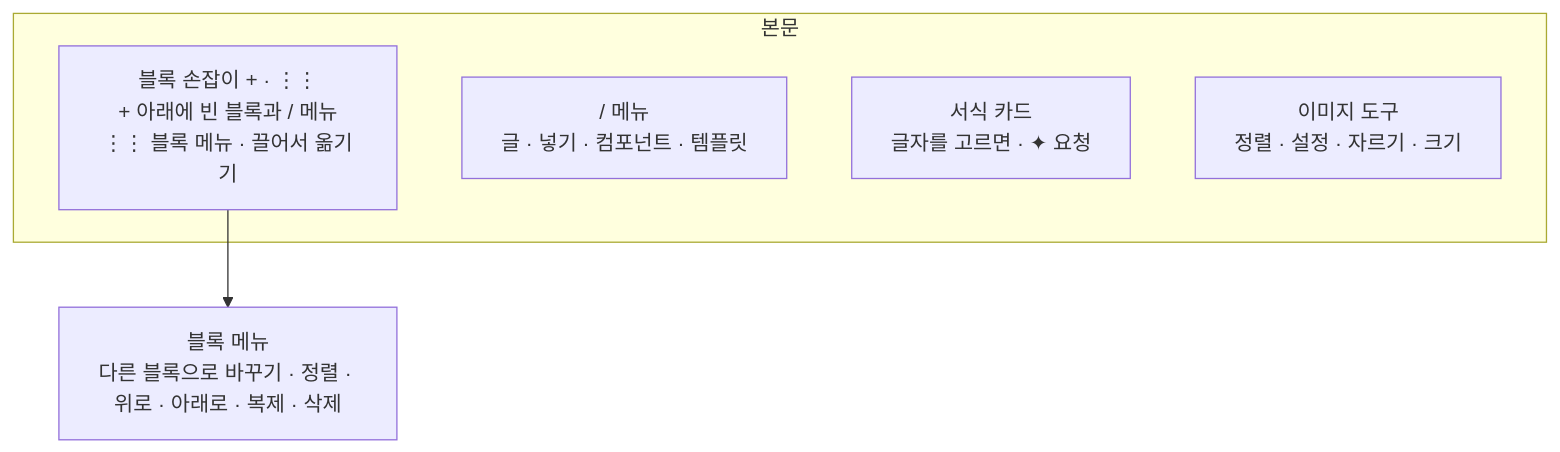
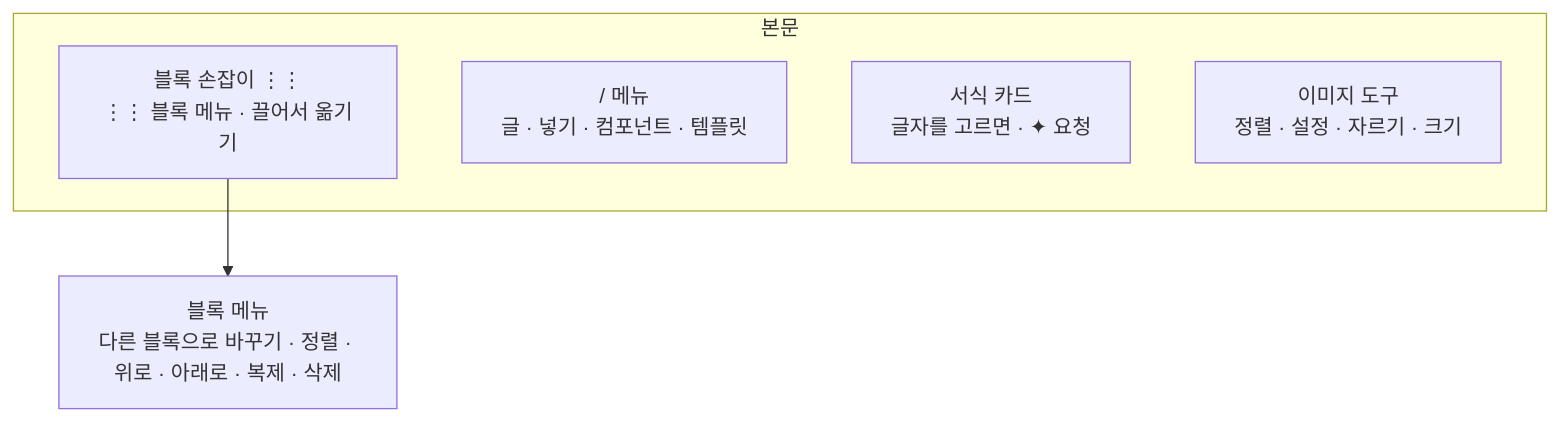
Before and after one commit to monti-cms/monti: the third of 4 diagrams in docs/design/features/03-body-editor.md, drawn with Mermaid. The commit also changed 11 other files, not shown here.

````diff
--- a/docs/design/features/03-body-editor.md
+++ b/docs/design/features/03-body-editor.md
@@ -107,10 +107,10 @@
 ```mermaid
 flowchart TB
   subgraph 본문
-    HD["블록 손잡이 + · ⋮⋮<br/>+ 아래에 빈 블록과 / 메뉴<br/>⋮⋮ 블록 메뉴 · 끌어서 옮기기"]
+    HD["블록 손잡이 ⋮⋮<br/>⋮⋮ 블록 메뉴 · 끌어서 옮기기"]
     SL["/ 메뉴<br/>글 · 넣기 · 컴포넌트 · 템플릿"]
     FB["서식 카드<br/>글자를 고르면 · ✦ 요청"]
     IM["이미지 도구<br/>정렬 · 설정 · 자르기 · 크기"]
   end
   HD --> BM["블록 메뉴<br/>다른 블록으로 바꾸기 · 정렬 · 위로 · 아래로 · 복제 · 삭제"]
 ```
````
